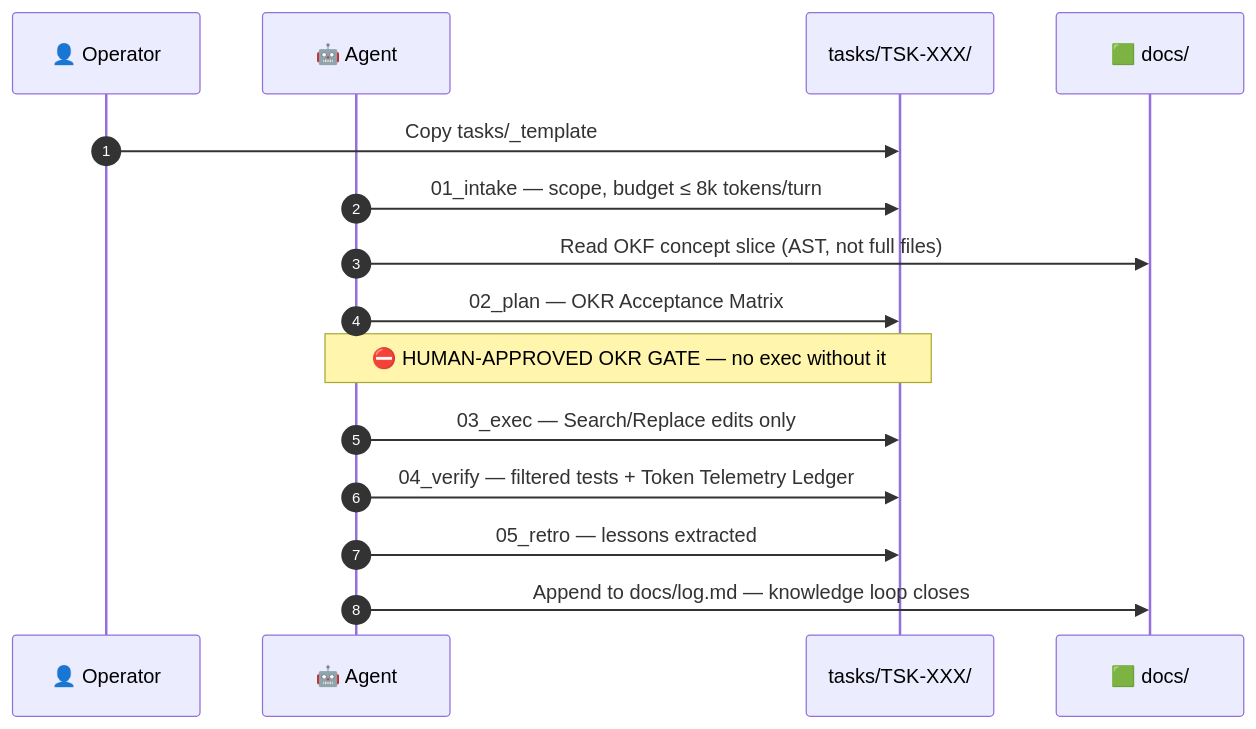
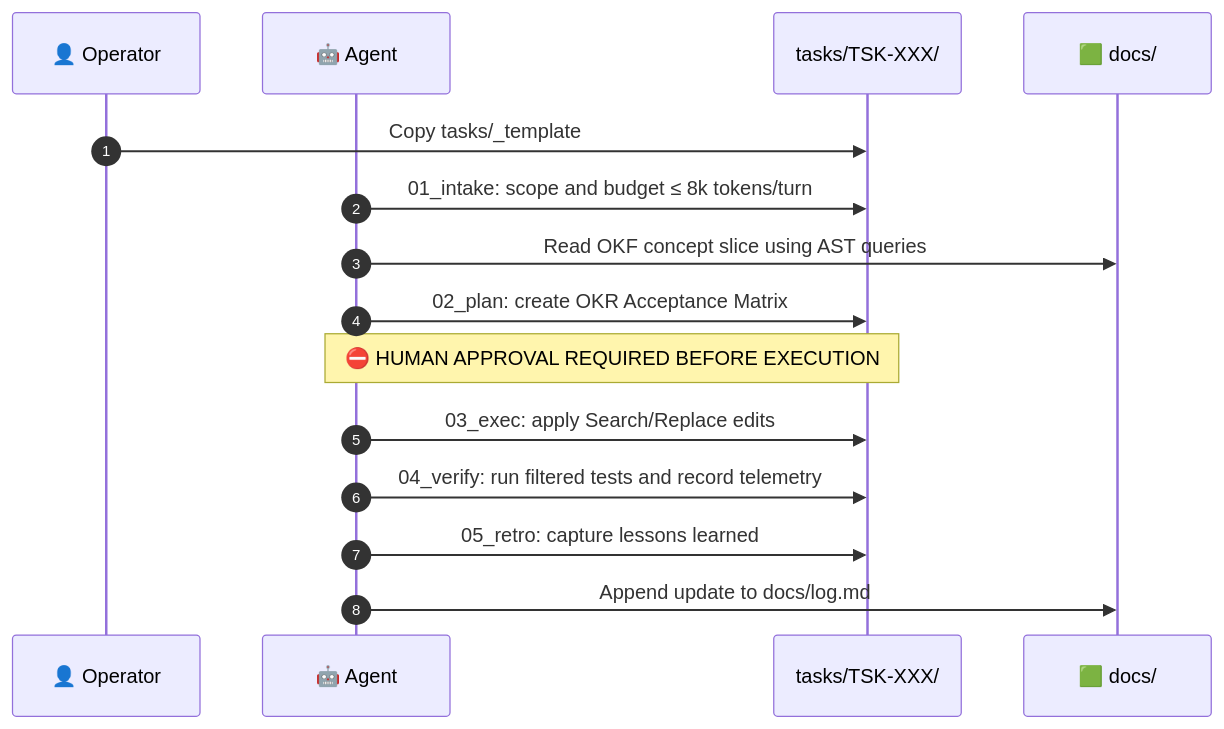
The second of 3 diagrams in README.md (ZenzerJs/Ai-Lab), drawn with Mermaid before and after one commit. The commit also changed other lines of this file, not shown here.

````diff
--- a/README.md
+++ b/README.md
@@ -145,18 +145,18 @@
 ```mermaid
 sequenceDiagram
     autonumber
     participant D as 👤 Operator
     participant A as 🤖 Agent
     participant T as tasks/TSK-XXX/
     participant K as 🟩 docs/
 
     D->>T: Copy tasks/_template
-    A->>T: 01_intake — scope, budget ≤ 8k tokens/turn
-    A->>K: Read OKF concept slice (AST, not full files)
-    A->>T: 02_plan — OKR Acceptance Matrix
-    Note over A,T: ⛔ HUMAN-APPROVED OKR GATE — no exec without it
-    A->>T: 03_exec — Search/Replace edits only
-    A->>T: 04_verify — filtered tests + Token Telemetry Ledger
-    A->>T: 05_retro — lessons extracted
-    A->>K: Append to docs/log.md — knowledge loop closes
+    A->>T: 01_intake: scope and budget ≤ 8k tokens/turn
+    A->>K: Read OKF concept slice using AST queries
+    A->>T: 02_plan: create OKR Acceptance Matrix
+    Note over A,T: ⛔ HUMAN APPROVAL REQUIRED BEFORE EXECUTION
+    A->>T: 03_exec: apply Search/Replace edits
+    A->>T: 04_verify: run filtered tests and record telemetry
+    A->>T: 05_retro: capture lessons learned
+    A->>K: Append update to docs/log.md
 ```
````
